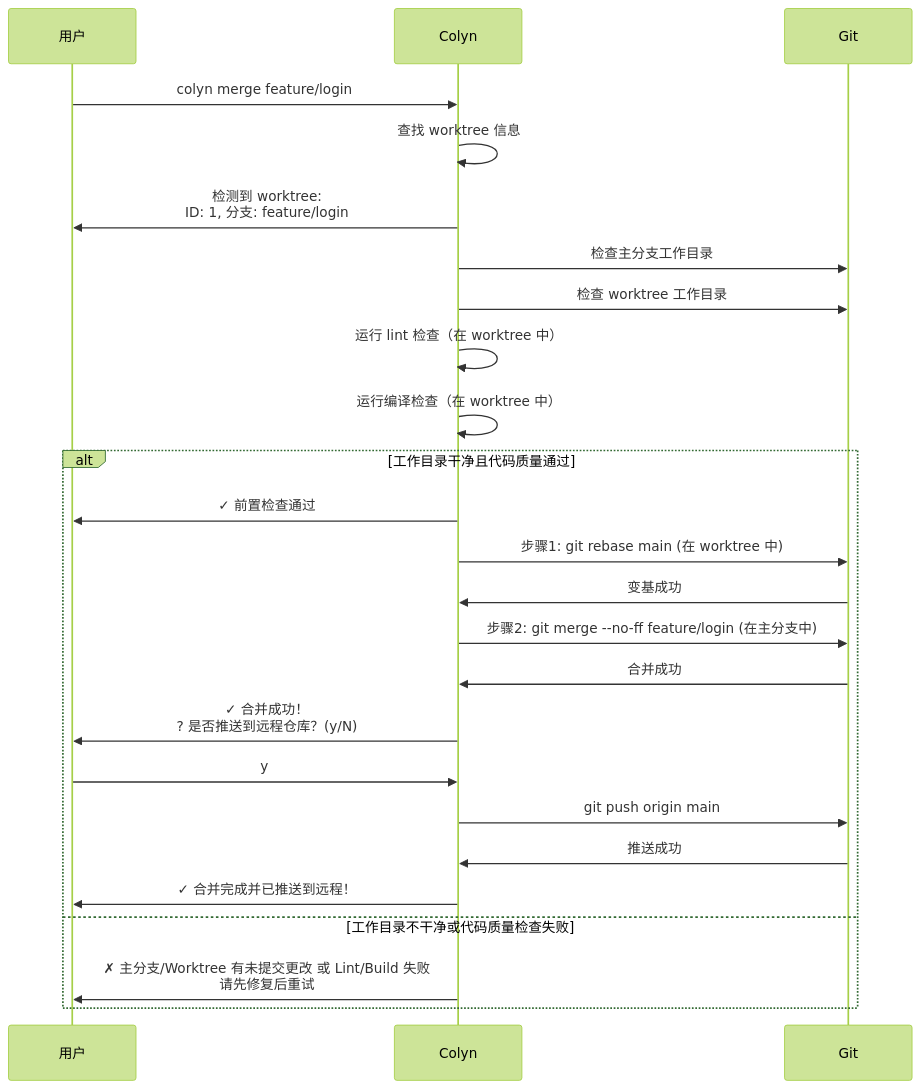
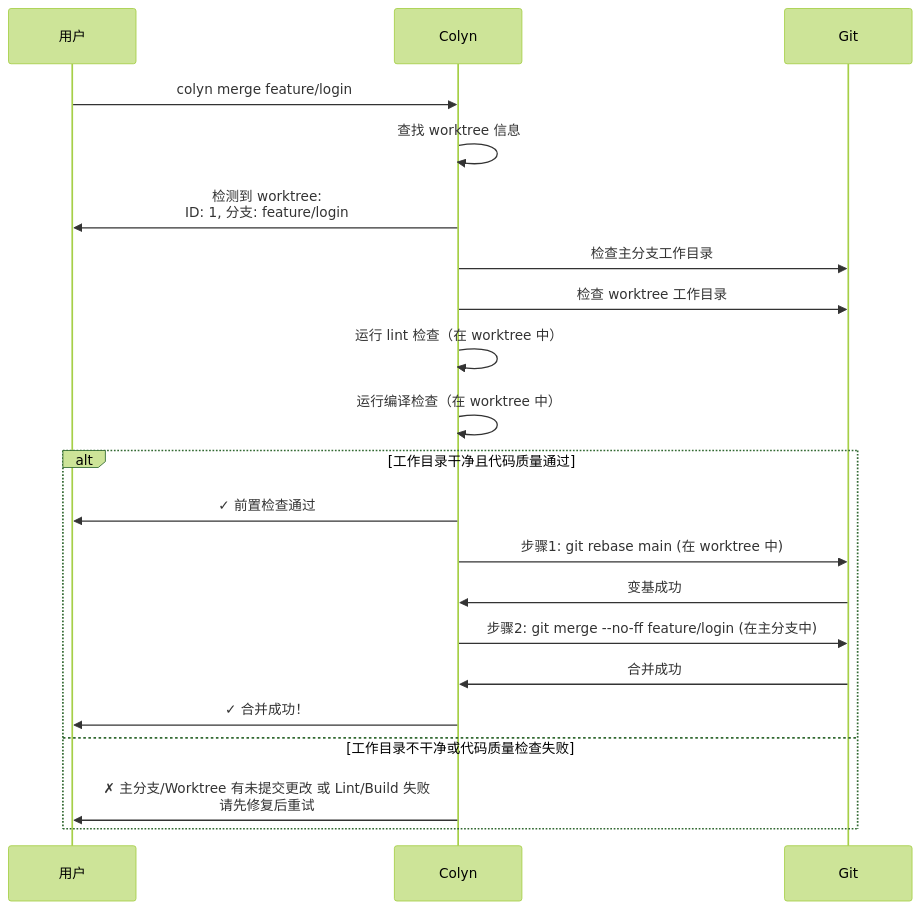
Before and after one commit to colin-han/colyn: the first of 6 diagrams in docs/zh-CN/develop/design/commands/design-merge-command.md, drawn with Mermaid (forest theme). The commit also changed other lines of this file and 6 other files, not shown here.

````diff
--- a/docs/zh-CN/develop/design/commands/design-merge-command.md
+++ b/docs/zh-CN/develop/design/commands/design-merge-command.md
@@ -46,30 +45,26 @@
 ```mermaid
 sequenceDiagram
     participant U as 用户
     participant C as Colyn
     participant G as Git
 
     U->>C: colyn merge feature/login
     C->>C: 查找 worktree 信息
     C->>U: 检测到 worktree:<br/>ID: 1, 分支: feature/login
 
     C->>G: 检查主分支工作目录
     C->>G: 检查 worktree 工作目录
     C->>C: 运行 lint 检查（在 worktree 中）
     C->>C: 运行编译检查（在 worktree 中）
 
     alt 工作目录干净且代码质量通过
         C->>U: ✓ 前置检查通过
         C->>G: 步骤1: git rebase main (在 worktree 中)
         G->>C: 变基成功
         C->>G: 步骤2: git merge --no-ff feature/login (在主分支中)
         G->>C: 合并成功
-        C->>U: ✓ 合并成功！<br/>? 是否推送到远程仓库？(y/N)
-        U->>C: y
-        C->>G: git push origin main
-        G->>C: 推送成功
-        C->>U: ✓ 合并完成并已推送到远程！
+        C->>U: ✓ 合并成功！
     else 工作目录不干净或代码质量检查失败
         C->>U: ✗ 主分支/Worktree 有未提交更改 或 Lint/Build 失败<br/>请先修复后重试
     end
 ```
````
